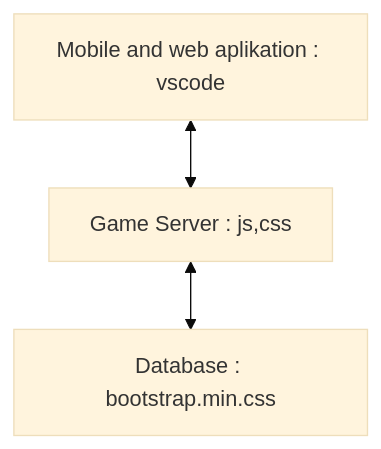
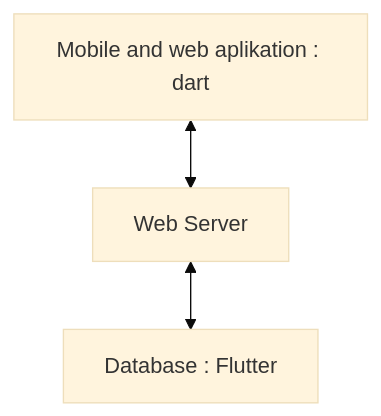
Before and after one commit to Hasbi2104/tugas-uts: the second of 2 diagrams in RABBANI.md, drawn with Mermaid (base theme).

````diff
--- a/RABBANI.md
+++ b/RABBANI.md
@@ -101,5 +101,5 @@
 ```mermaid
 flowchart TD
-    A[Mobile and web aplikation : vscode] <-->   B[Game Server : js,css] 
-    B <--> C[Database : bootstrap.min.css]
+    A[Mobile and web aplikation : dart] <-->   B[Web Server  ] 
+    B <--> C[Database : Flutter]
 ```
````
